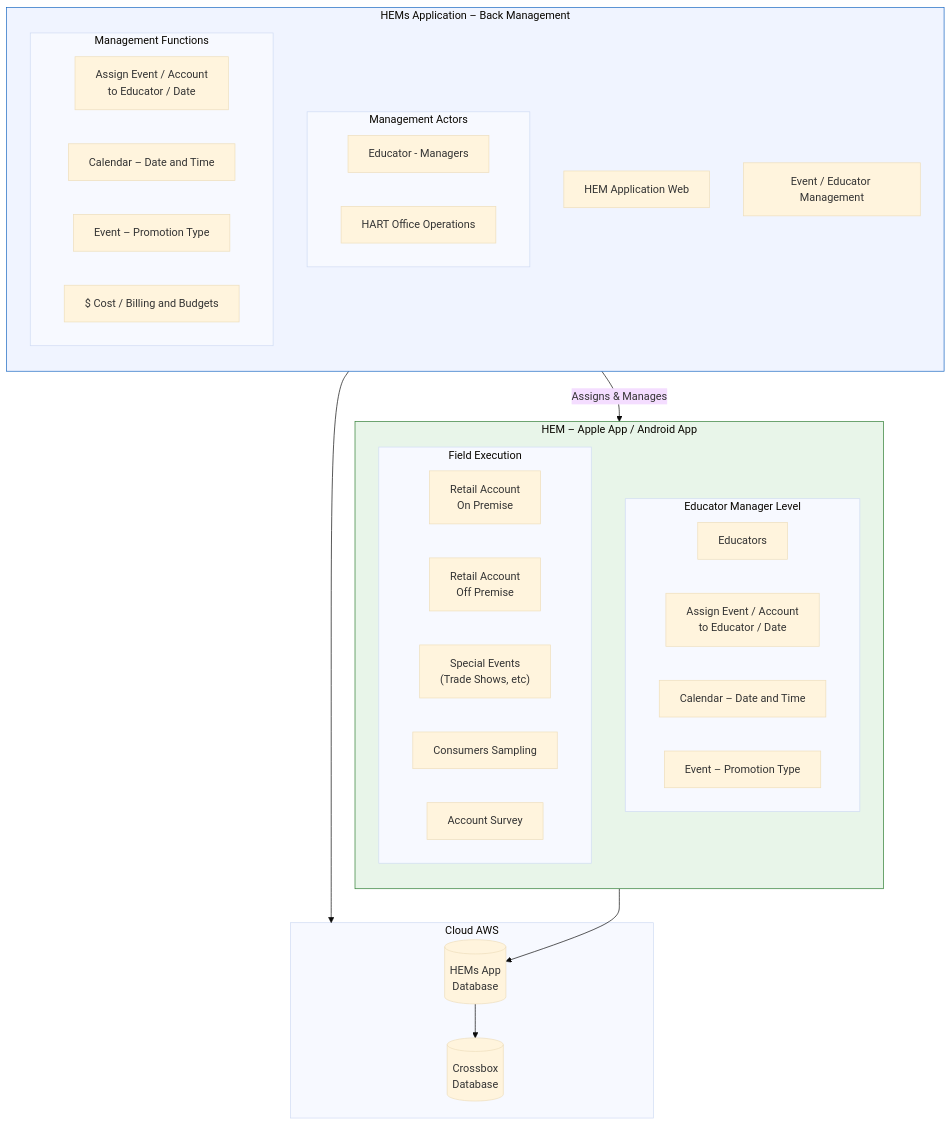
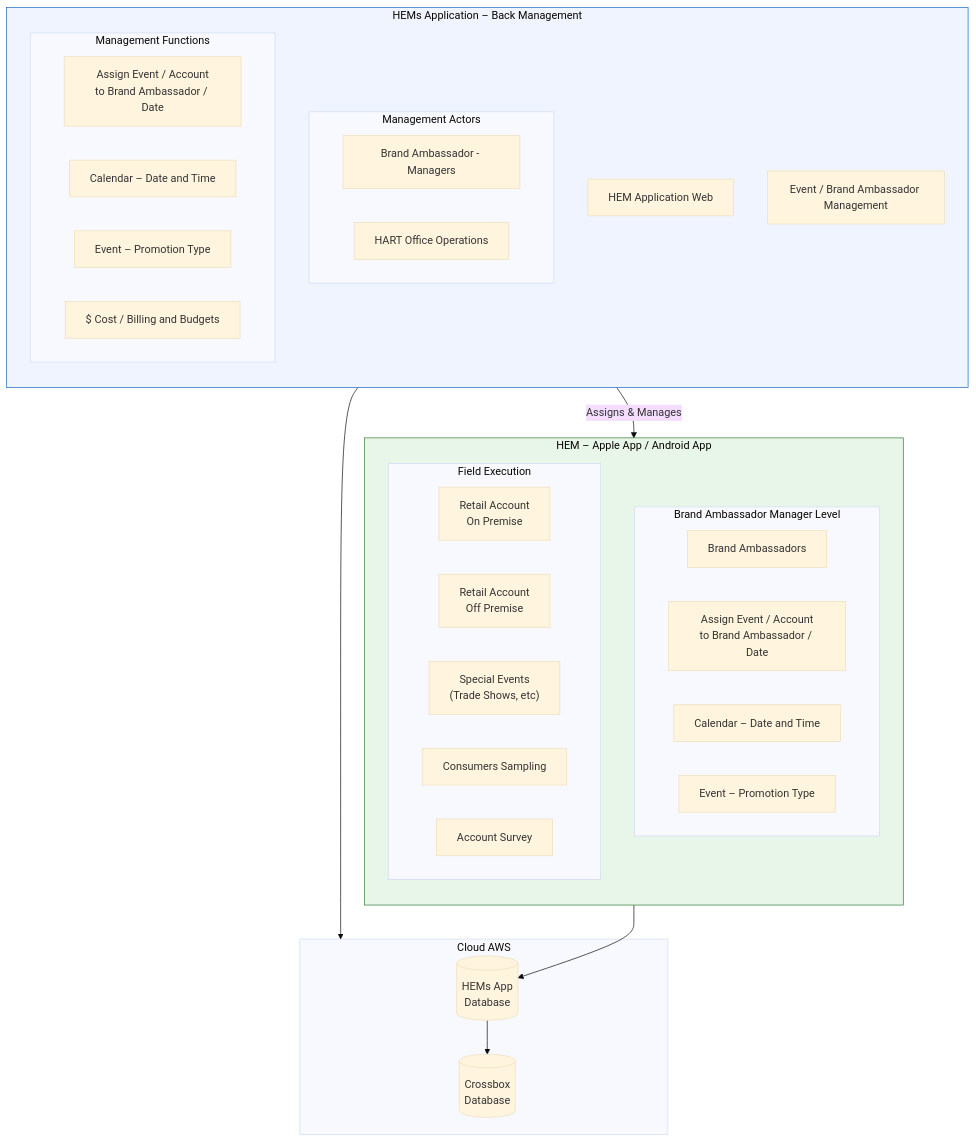
One commit to rafaeelricco/Hartopsprototype changed diagram 12 of 15 in docs/for-llms/hart-sharepoint/tech-vision-diagram.md. Above: the diagram before and after it, drawn with Mermaid (base theme). The commit also changed other lines of this file and 15 other files, not shown here.

First line of the commit message:
R2 — SLA capture (BA mobile → manager → controller) + Educator→BA rename

````diff
--- a/docs/for-llms/hart-sharepoint/tech-vision-diagram.md
+++ b/docs/for-llms/hart-sharepoint/tech-vision-diagram.md
@@ -805,52 +805,52 @@
 ```mermaid
 graph TB
     subgraph AWS["Cloud AWS"]
         HEMS_DB[("HEMs App<br/>Database")]
         CROSSBOX_DB[("Crossbox<br/>Database")]
     end
 
     subgraph BACK_MGMT["HEMs Application – Back Management"]
         direction TB
         HEM_WEB["HEM Application Web"]
-        EVT_EDU_MGT["Event / Educator Management"]
+        EVT_EDU_MGT["Event / Brand Ambassador Management"]
 
         subgraph MGMT_ACTORS["Management Actors"]
-            EDU_MANAGERS["Educator - Managers"]
+            EDU_MANAGERS["Brand Ambassador - Managers"]
             HART_OPS["HART Office Operations"]
         end
 
         subgraph MGMT_FUNCTIONS["Management Functions"]
-            ASSIGN["Assign Event / Account<br/>to Educator / Date"]
+            ASSIGN["Assign Event / Account<br/>to Brand Ambassador / Date"]
             CALENDAR["Calendar – Date and Time"]
             PROMO_TYPE["Event – Promotion Type"]
             BILLING["$ Cost / Billing and Budgets"]
         end
     end
 
     subgraph MOBILE_APP["HEM – Apple App / Android App"]
         direction TB
-        subgraph MOBILE_LEVEL["Educator Manager Level"]
-            M_EDUCATORS["Educators"]
-            M_ASSIGN["Assign Event / Account<br/>to Educator / Date"]
+        subgraph MOBILE_LEVEL["Brand Ambassador Manager Level"]
+            M_EDUCATORS["Brand Ambassadors"]
+            M_ASSIGN["Assign Event / Account<br/>to Brand Ambassador / Date"]
             M_CALENDAR["Calendar – Date and Time"]
             M_PROMO["Event – Promotion Type"]
         end
 
         subgraph FIELD_EXECUTION["Field Execution"]
             RETAIL_ON["Retail Account<br/>On Premise"]
             RETAIL_OFF["Retail Account<br/>Off Premise"]
             SPECIAL["Special Events<br/>(Trade Shows, etc)"]
             CONSUMERS["Consumers Sampling"]
             ACCT_SURVEY["Account Survey"]
         end
     end
 
     BACK_MGMT --> AWS
     MOBILE_APP --> HEMS_DB
     HEMS_DB --> CROSSBOX_DB
 
     BACK_MGMT -->|"Assigns & Manages"| MOBILE_APP
 
     style BACK_MGMT fill:#f0f4ff,stroke:#1565c0
     style MOBILE_APP fill:#e8f5e9,stroke:#2e7d32
 ```
````
